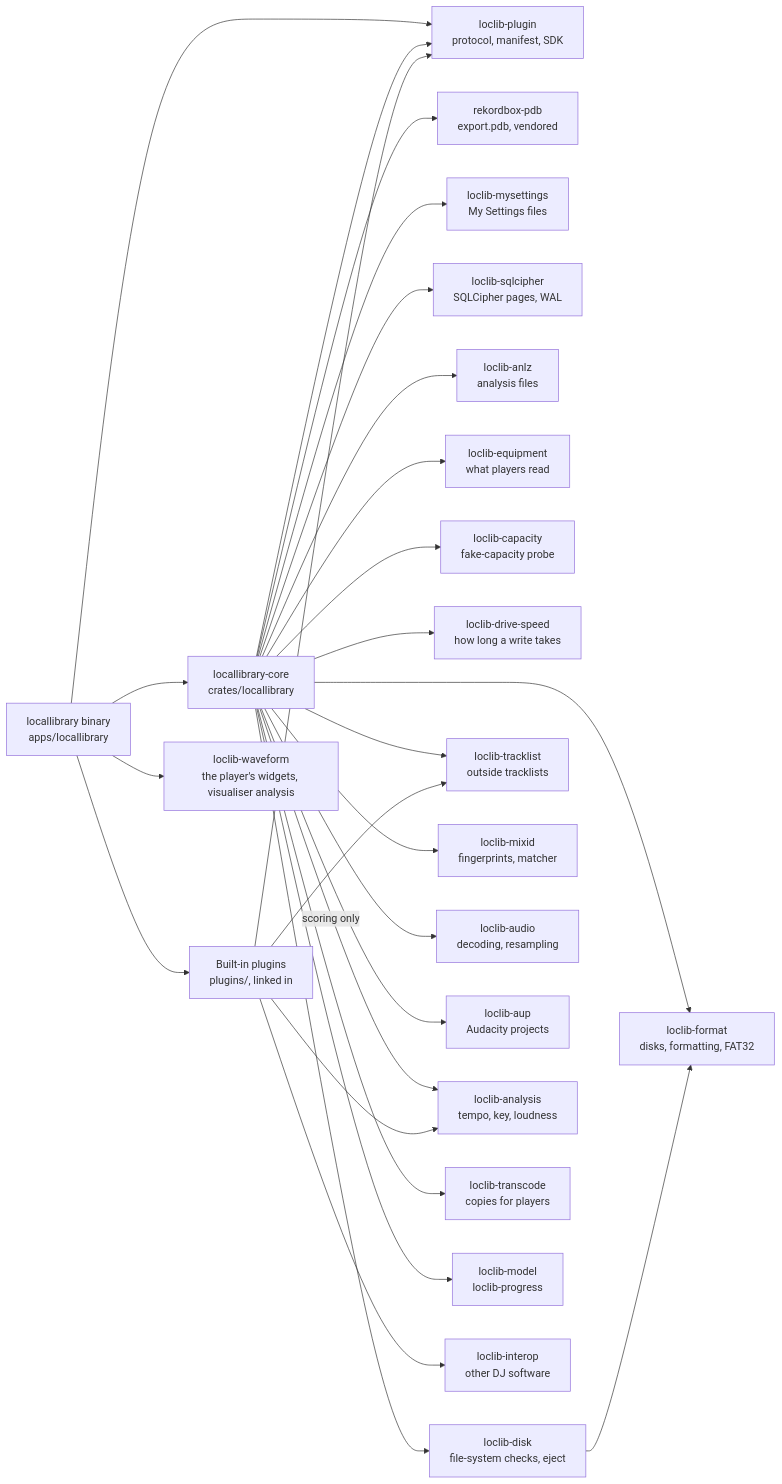
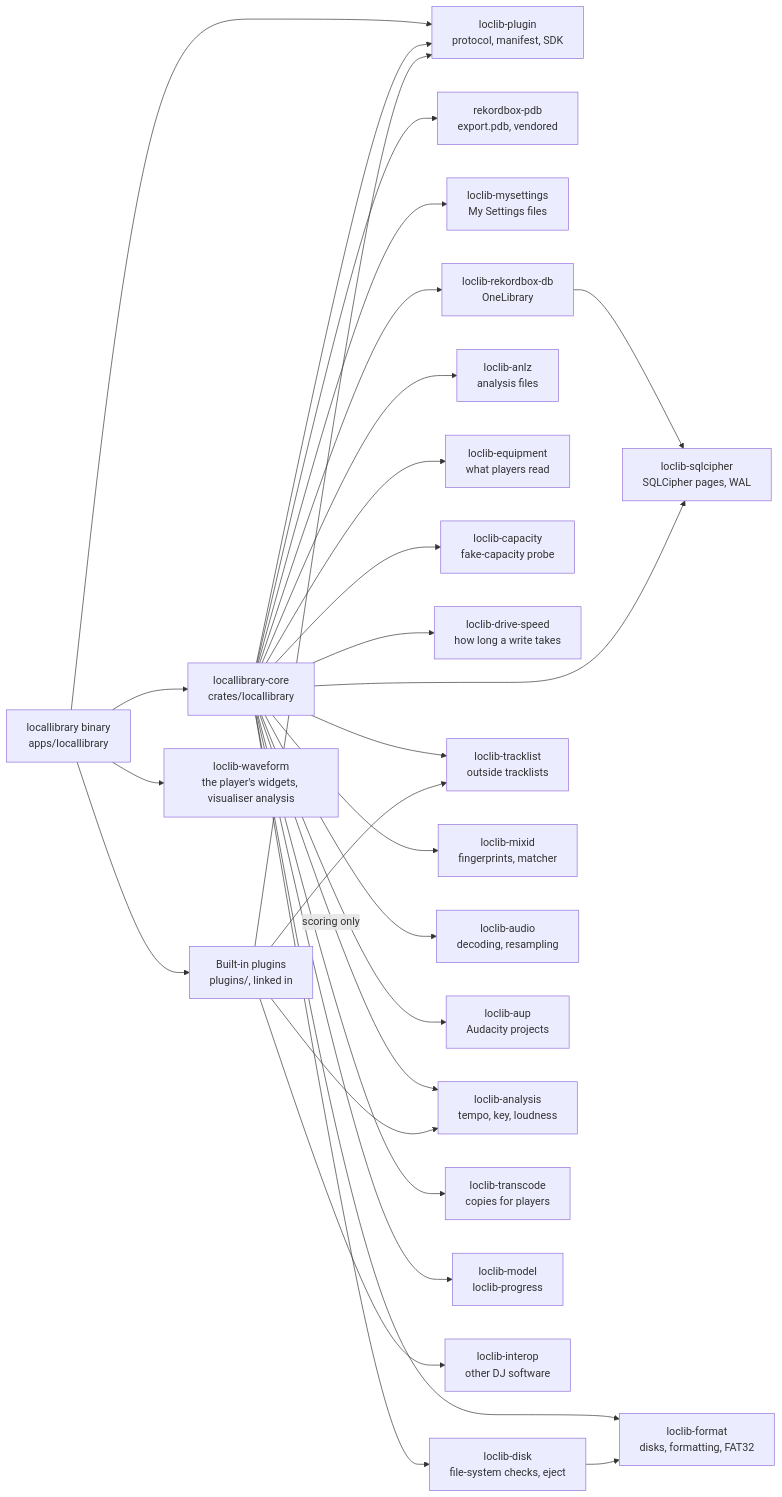
Before and after one commit to cutenode/localnetwork: the second of 11 diagrams in apps/locallibrary/README.md, drawn with Mermaid. The commit also changed other lines of this file and 93 other files, not shown here.

````diff
--- a/apps/locallibrary/README.md
+++ b/apps/locallibrary/README.md
@@ -295,29 +297,31 @@
 ```mermaid
 flowchart LR
     bin["locallibrary binary<br/>apps/locallibrary"] --> core["locallibrary-core<br/>crates/locallibrary"]
     bin --> plugins["Built-in plugins<br/>plugins/, linked in"]
     bin --> wave["loclib-waveform<br/>the player's widgets, visualiser analysis"]
     bin --> sdk["loclib-plugin<br/>protocol, manifest, SDK"]
     core --> sdk
     core --> pdb["rekordbox-pdb<br/>export.pdb, vendored"]
     core --> set["loclib-mysettings<br/>My Settings files"]
-    core --> sqlc["loclib-sqlcipher<br/>SQLCipher pages, WAL"]
+    core --> rkdb["loclib-rekordbox-db<br/>OneLibrary"]
+    rkdb --> sqlc["loclib-sqlcipher<br/>SQLCipher pages, WAL"]
+    core --> sqlc
     core --> anlz["loclib-anlz<br/>analysis files"]
     core --> equip["loclib-equipment<br/>what players read"]
     core --> cap["loclib-capacity<br/>fake-capacity probe"]
     core --> speed["loclib-drive-speed<br/>how long a write takes"]
     core --> fmt["loclib-format<br/>disks, formatting, FAT32"]
     core --> disk["loclib-disk<br/>file-system checks, eject"]
     disk --> fmt
     core --> track["loclib-tracklist<br/>outside tracklists"]
     core --> mixid["loclib-mixid<br/>fingerprints, matcher"]
     core --> audio["loclib-audio<br/>decoding, resampling"]
     core --> aup["loclib-aup<br/>Audacity projects"]
     core -->|scoring only| sound["loclib-analysis<br/>tempo, key, loudness"]
     core --> trans["loclib-transcode<br/>copies for players"]
     core --> model["loclib-model<br/>loclib-progress"]
     plugins --> sdk
     plugins --> interop["loclib-interop<br/>other DJ software"]
     plugins --> sound
     plugins --> track
 ```
````
